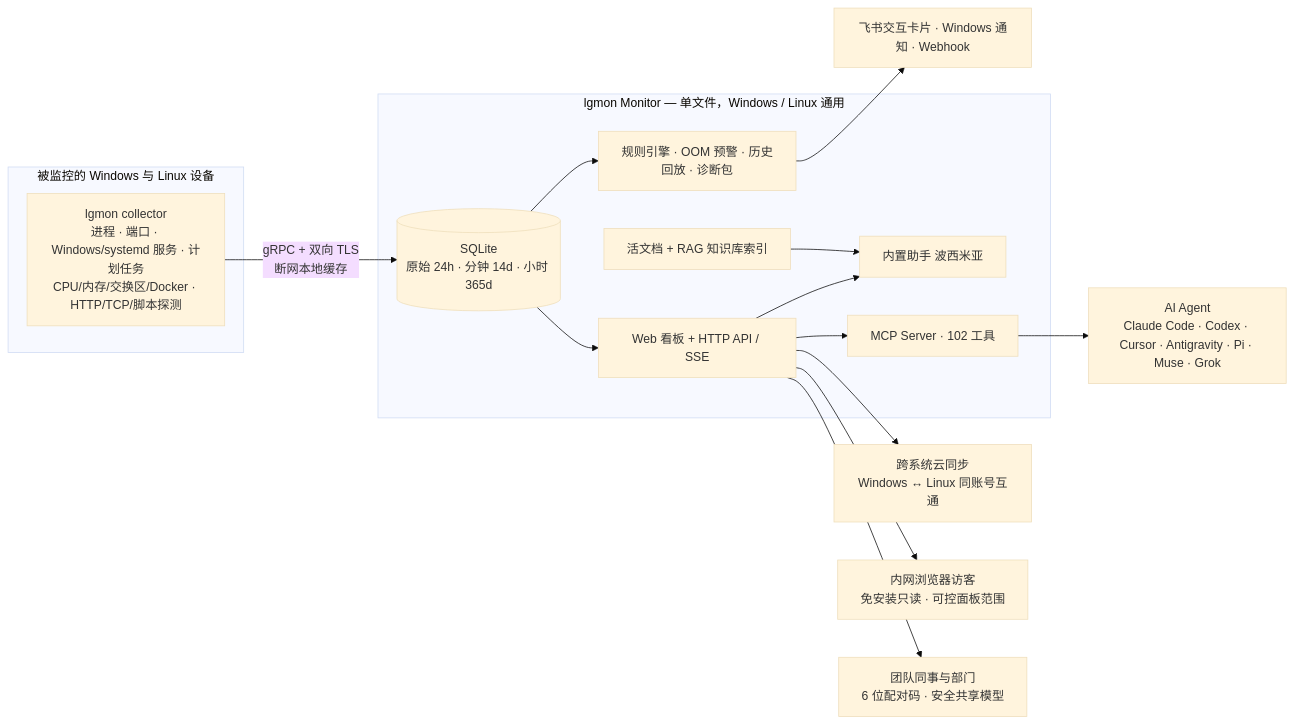
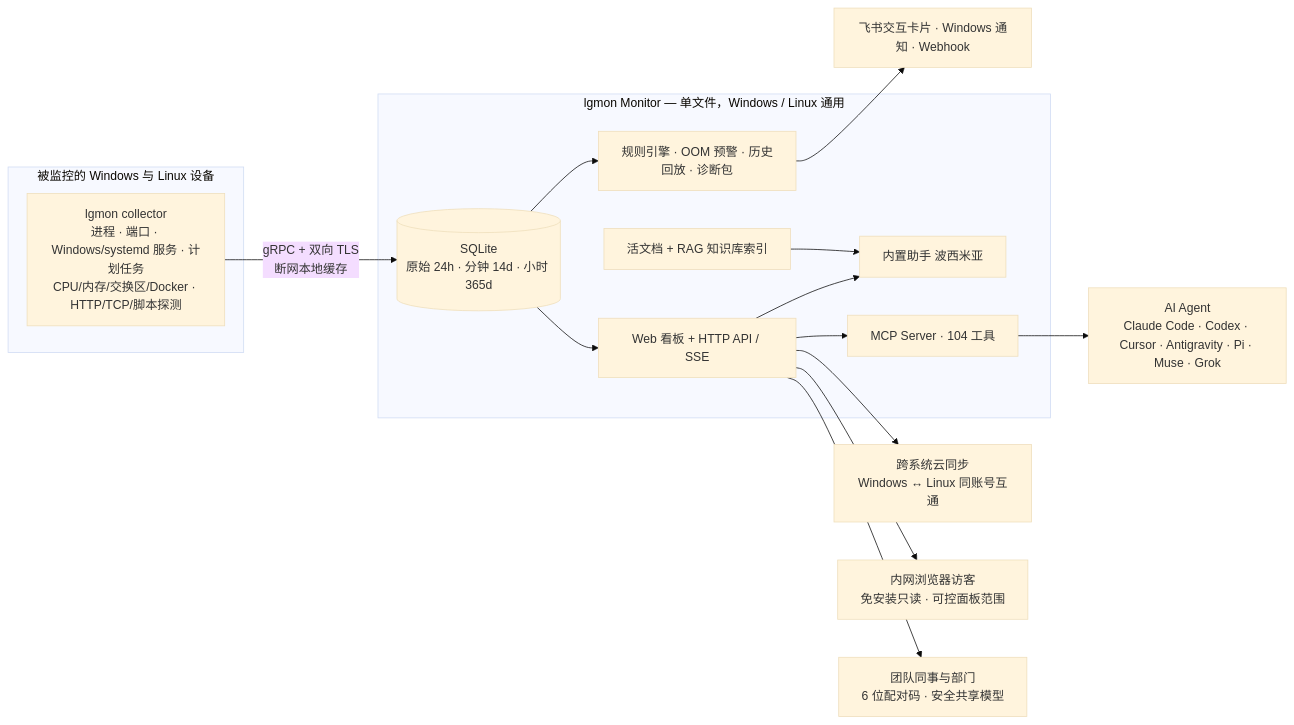
Before and after one commit to LFenX/lg-monitor: the diagram in README.zh-CN.md, drawn with Mermaid (base theme). The commit also changed other lines of this file and 30 other files, not shown here.

````diff
--- a/README.zh-CN.md
+++ b/README.zh-CN.md
@@ -194,23 +194,23 @@
 ```mermaid
 flowchart LR
   subgraph PC[被监控的 Windows 与 Linux 设备]
     C[lgmon collector<br/>进程 · 端口 · Windows/systemd 服务 · 计划任务<br/>CPU/内存/交换区/Docker · HTTP/TCP/脚本探测]
   end
   subgraph M[lgmon Monitor — 单文件，Windows / Linux 通用]
     S[(SQLite<br/>原始 24h · 分钟 14d · 小时 365d)]
     R[规则引擎 · OOM 预警 · 历史回放 · 诊断包]
     D[活文档 + RAG 知识库索引]
     W[Web 看板 + HTTP API / SSE]
-    P[MCP Server · 102 工具]
+    P[MCP Server · 104 工具]
     B[内置助手 波西米亚]
   end
   C -- gRPC + 双向 TLS<br/>断网本地缓存 --> S
   S --> R --> N[飞书交互卡片 · Windows 通知 · Webhook]
   S --> W
   D --> B
   W --> B
   W --> P --> A[AI Agent<br/>Claude Code · Codex · Cursor · Antigravity · Pi · Muse · Grok]
   W --> X[跨系统云同步<br/>Windows ↔ Linux 同账号互通]
   W --> G[内网浏览器访客<br/>免安装只读 · 可控面板范围]
   W --> L[团队同事与部门<br/>6 位配对码 · 安全共享模型]
 ```
````
